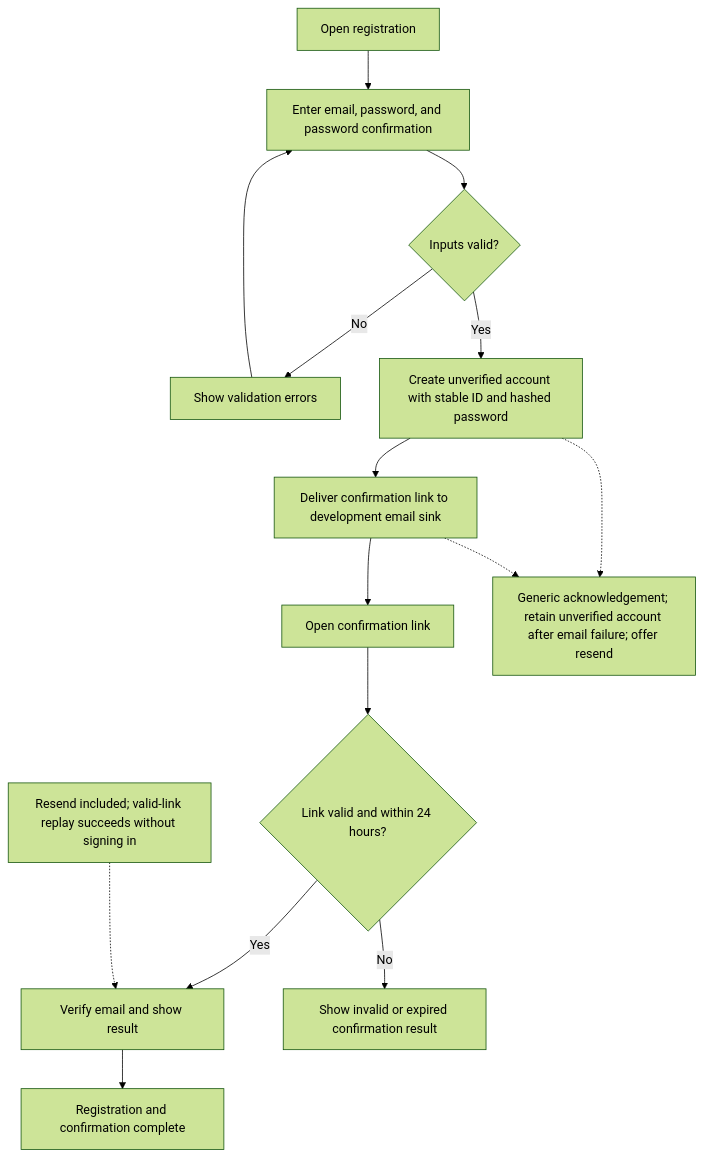
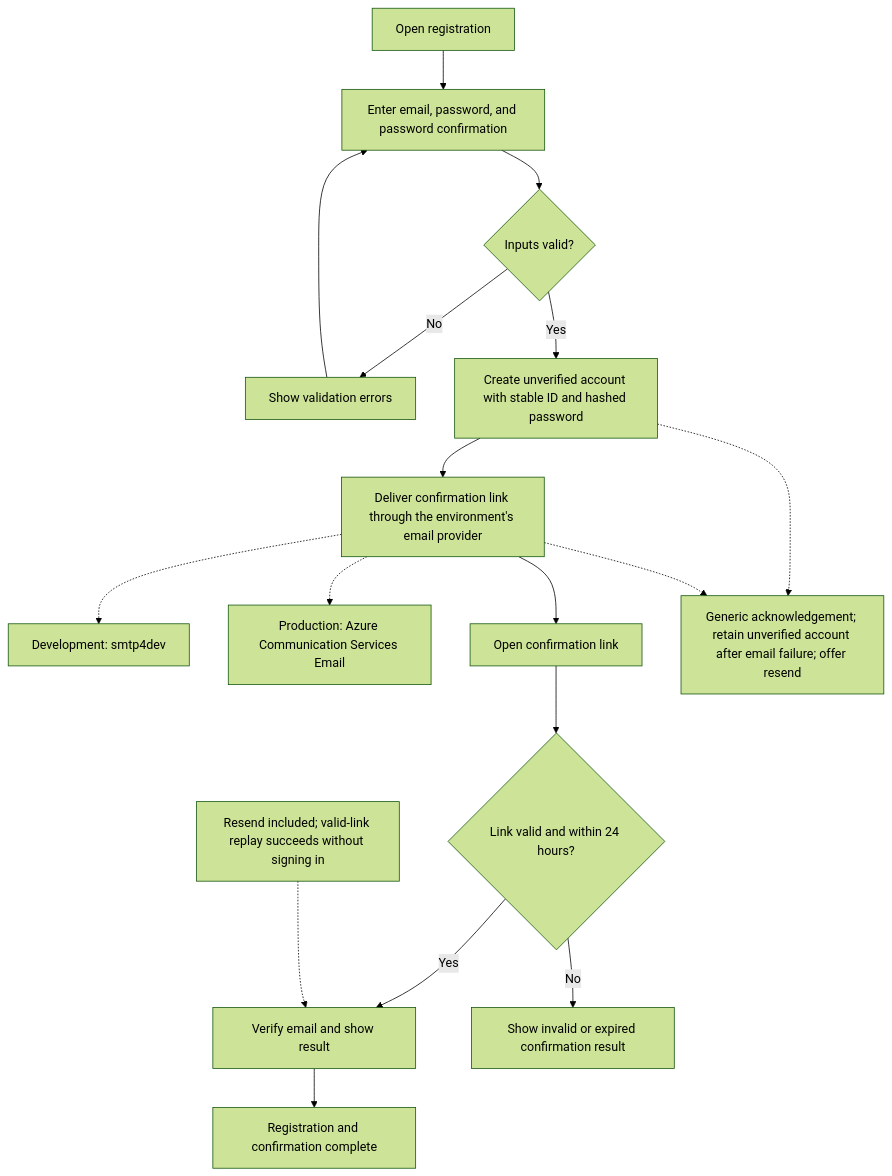
Before and after one commit to juliantiu/personal-finance: the diagram in docs/v1.0/use_cases/UC-001_create-a-user-account/flow.md, drawn with Mermaid (forest theme). The commit also changed other lines of this file and 35 other files, not shown here.

Commit message:
Phase 5 implementation + smtp4dev integration

````diff
--- a/docs/v1.0/use_cases/UC-001_create-a-user-account/flow.md
+++ b/docs/v1.0/use_cases/UC-001_create-a-user-account/flow.md
@@ -7,17 +7,19 @@
 ```mermaid
 graph TD
     A["Open registration"] --> B["Enter email, password, and password confirmation"]
     B --> C{"Inputs valid?"}
     C -->|No| ERR["Show validation errors"]
     ERR --> B
     C -->|Yes| D["Create unverified account with stable ID and hashed password"]
-    D --> E["Deliver confirmation link to development email sink"]
+    D --> E["Deliver confirmation link through the environment's email provider"]
+    E -.-> DEV["Development: smtp4dev"]
+    E -.-> PROD["Production: Azure Communication Services Email"]
     E --> F["Open confirmation link"]
     F --> G{"Link valid and within 24 hours?"}
     G -->|Yes| H["Verify email and show result"]
     G -->|No| I["Show invalid or expired confirmation result"]
     D -.-> J["Generic acknowledgement; retain unverified account after email failure; offer resend"]
     E -.-> J
     H --> K["Registration and confirmation complete"]
     NOTE["Resend included; valid-link replay succeeds without signing in"] -.-> H
 ```
````
